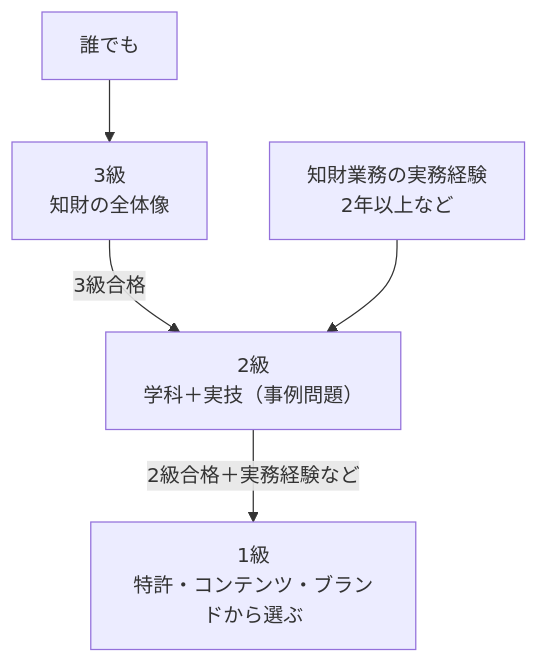
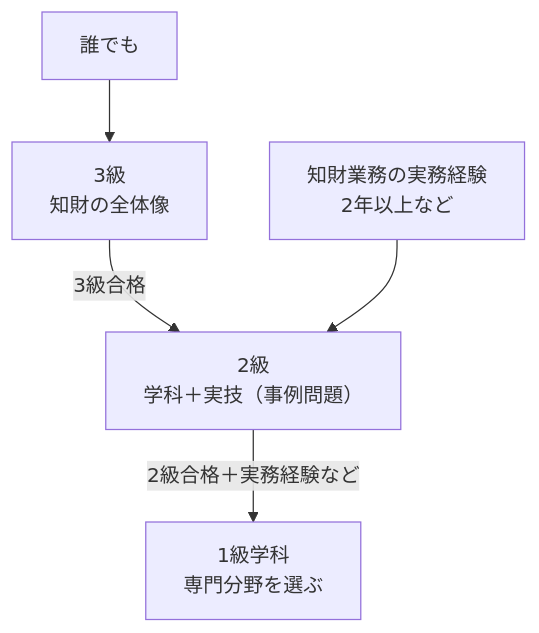
The diagram in src/data/post/method/chiteki-zaisan-hub/index.md (sasisi344/syllabus-hack), drawn with Mermaid before and after one commit. The commit also changed other lines of this file and 30 other files, not shown here.

````diff
--- a/src/data/post/method/chiteki-zaisan-hub/index.md
+++ b/src/data/post/method/chiteki-zaisan-hub/index.md
@@ -92,7 +94,7 @@
 ```mermaid caption="知財検定の級と受検資格のつながり"
 flowchart TB
   S["誰でも"] --> A["3級<br/>知財の全体像"]
   A -->|3級合格| B["2級<br/>学科＋実技（事例問題）"]
   W["知財業務の実務経験<br/>2年以上など"] --> B
-  B -->|2級合格＋実務経験など| C["1級<br/>特許・コンテンツ・ブランドから選ぶ"]
+  B -->|2級合格＋実務経験など| C["1級学科<br/>専門分野を選ぶ"]
 ```
````
